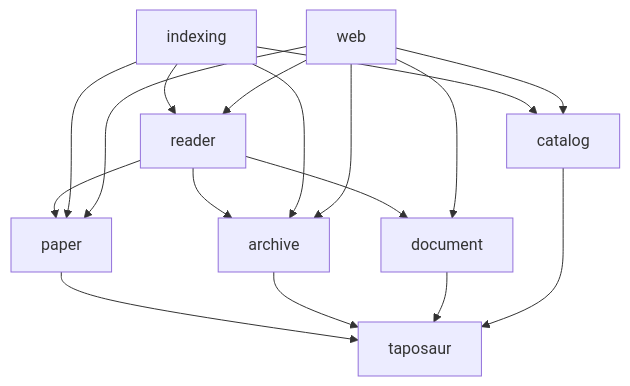
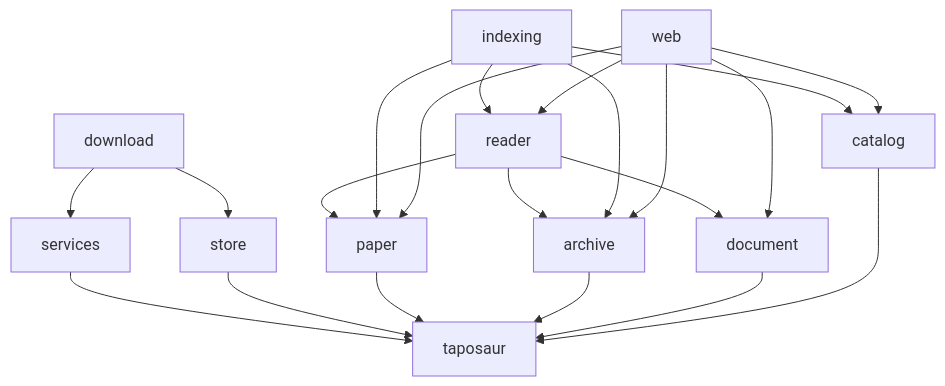
One commit to avsm/oxmono changed the diagram in taposaur/ARCHITECTURE.md. Above: the diagram before and after it, drawn with Mermaid. The commit also changed other lines of this file and 86 other files, not shown here.

````diff
--- a/taposaur/ARCHITECTURE.md
+++ b/taposaur/ARCHITECTURE.md
@@ -21,19 +24,23 @@
 ```mermaid
 flowchart TD
-  paper --> core[taposaur]
+  services --> core[taposaur]
+  store --> core
+  download --> services
+  download --> store
+  paper --> core
   archive --> core
   document --> core
   catalog --> core
   reader --> paper
   reader --> archive
   reader --> document
   indexing --> reader
   indexing --> catalog
   indexing --> archive
   indexing --> paper
   web --> reader
   web --> catalog
   web --> archive
   web --> document
   web --> paper
 ```
````
